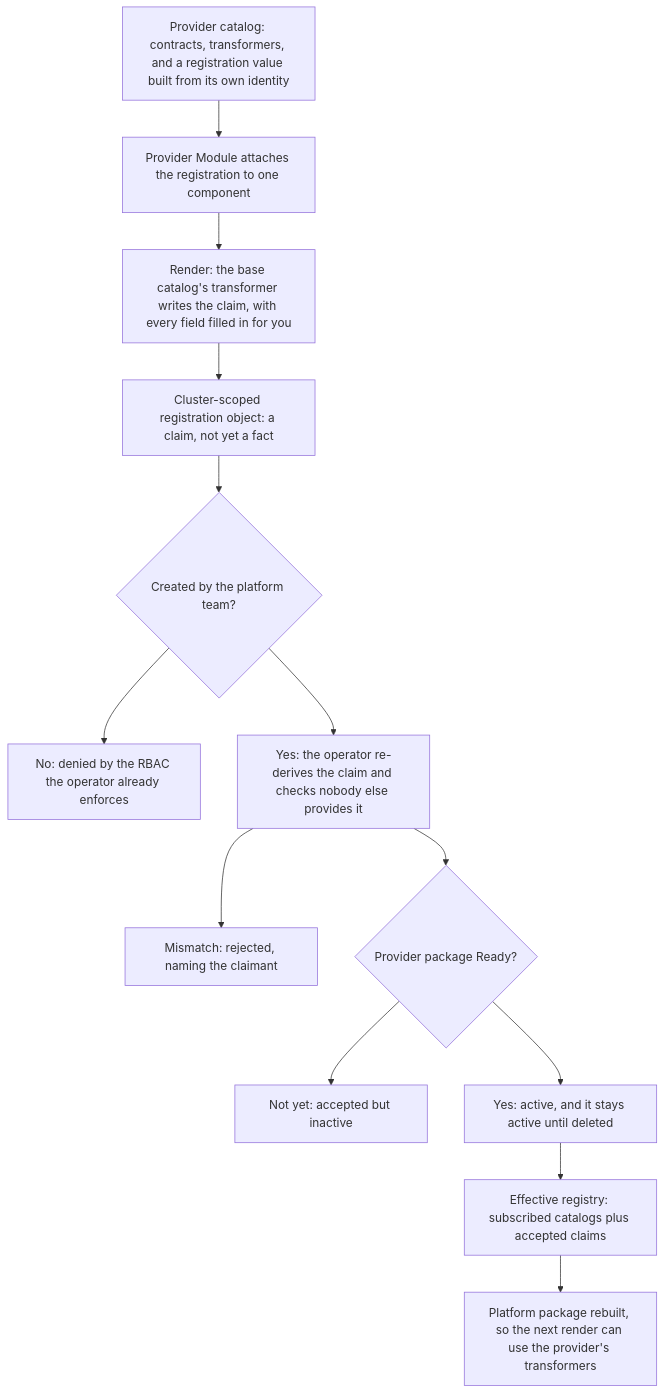
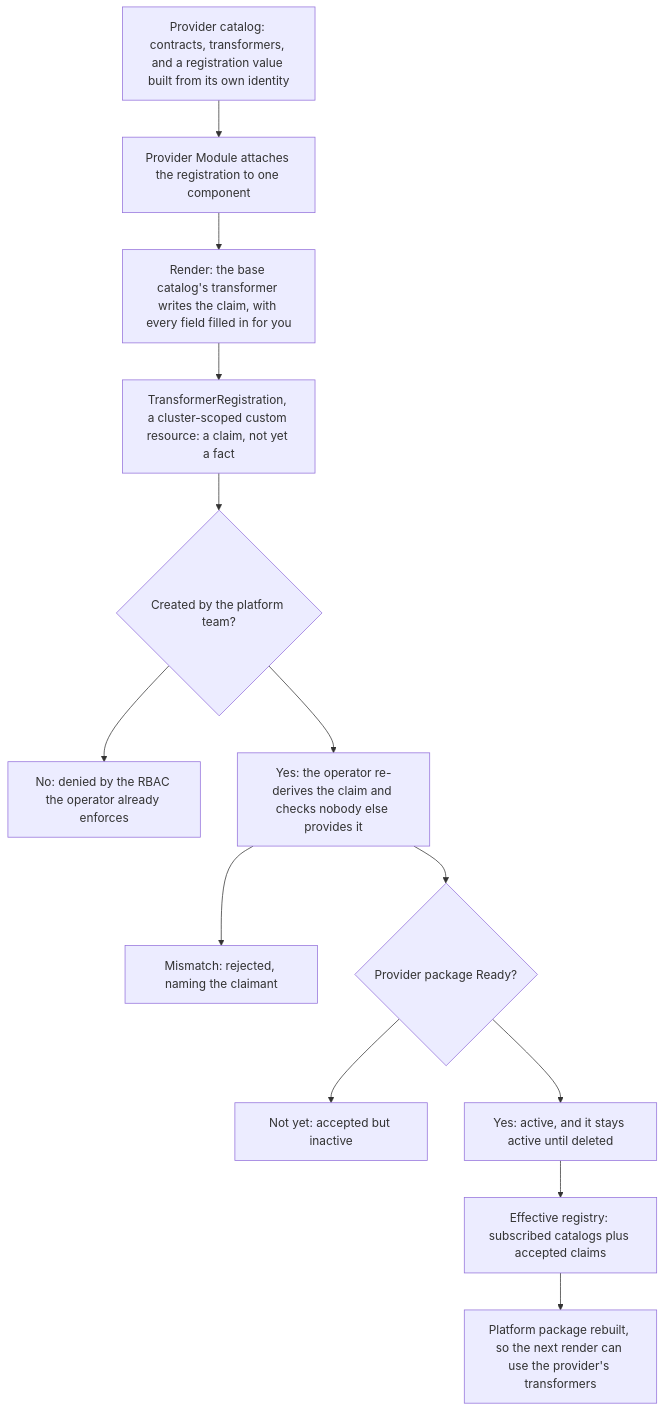
The diagram in 0015/README.md (open-platform-model/enhancements), drawn with Mermaid before and after one commit. The commit also changed other lines of this file and 16 other files, not shown here.

````diff
--- a/0015/README.md
+++ b/0015/README.md
@@ -23,15 +25,15 @@
 ```mermaid
 flowchart TD
     pcat["Provider catalog: contracts, transformers, and a registration value built from its own identity"] --> pmod
     pmod["Provider Module attaches the registration to one component"] --> render
     render["Render: the base catalog's transformer writes the claim, with every field filled in for you"] --> cr
-    cr["Cluster-scoped registration object: a claim, not yet a fact"] --> rbac{"Created by the platform team?"}
+    cr["TransformerRegistration, a cluster-scoped custom resource: a claim, not yet a fact"] --> rbac{"Created by the platform team?"}
     rbac --> denied["No: denied by the RBAC the operator already enforces"]
     rbac --> accept["Yes: the operator re-derives the claim and checks nobody else provides it"]
     accept --> rejected["Mismatch: rejected, naming the claimant"]
     accept --> ready{"Provider package Ready?"}
     ready --> waiting["Not yet: accepted but inactive"]
     ready --> active["Yes: active, and it stays active until deleted"]
     active --> registry["Effective registry: subscribed catalogs plus accepted claims"]
     registry --> regen["Platform package rebuilt, so the next render can use the provider's transformers"]
 ```
````
